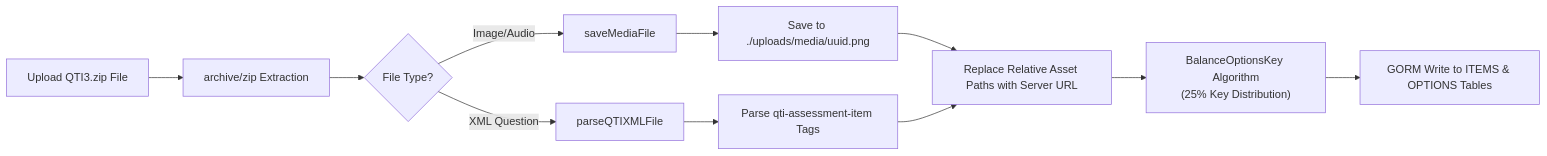
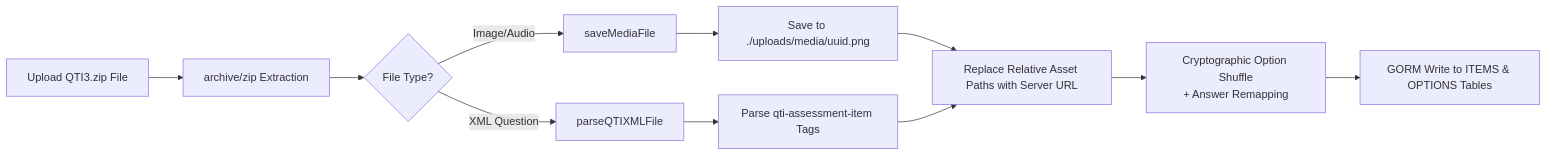
The third of 8 diagrams in README.md (allen19970828/tao-core-go), drawn with Mermaid before and after one commit. The commit also changed other lines of this file and 48 other files, not shown here.

````diff
--- a/README.md
+++ b/README.md
@@ -162,13 +159,13 @@
 ```mermaid
 flowchart LR
     A[Upload QTI3.zip File] --> B[archive/zip Extraction]
     B --> C{File Type?}
     C -->|XML Question| D[parseQTIXMLFile]
     C -->|Image/Audio| E[saveMediaFile]
     E --> F[Save to ./uploads/media/uuid.png]
     D --> G[Parse qti-assessment-item Tags]
     F --> H[Replace Relative Asset Paths with Server URL]
     G --> H
-    H --> I["BalanceOptionsKey Algorithm<br/>(25% Key Distribution)"]
+    H --> I["Cryptographic Option Shuffle<br/>+ Answer Remapping"]
     I --> J[GORM Write to ITEMS & OPTIONS Tables]
 ```
````
